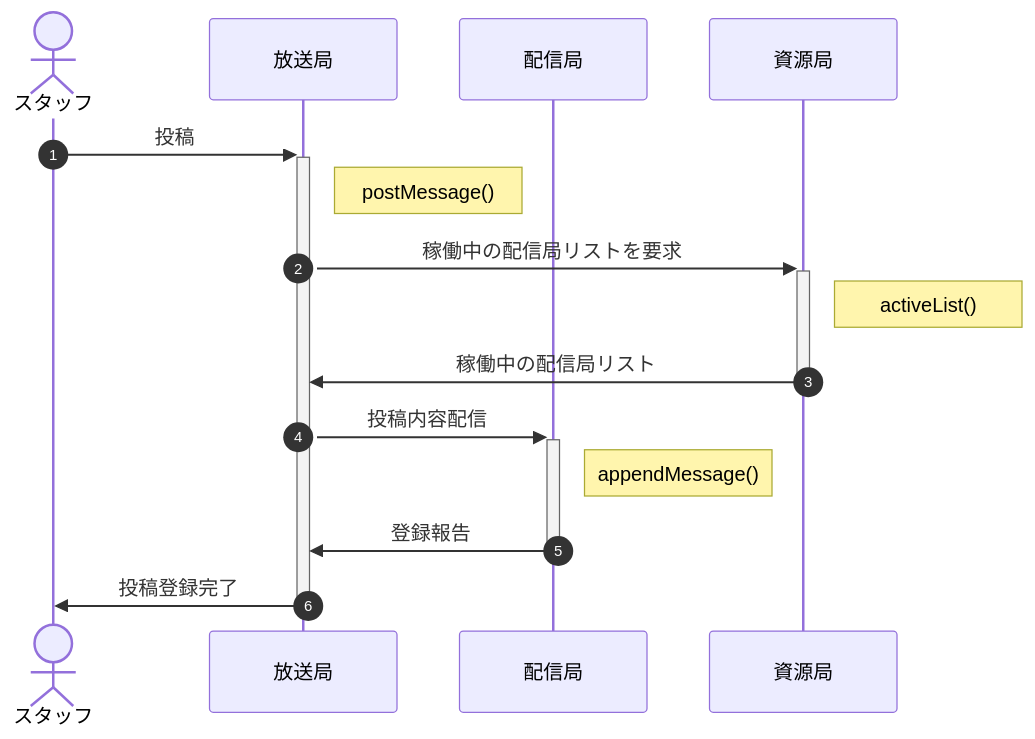
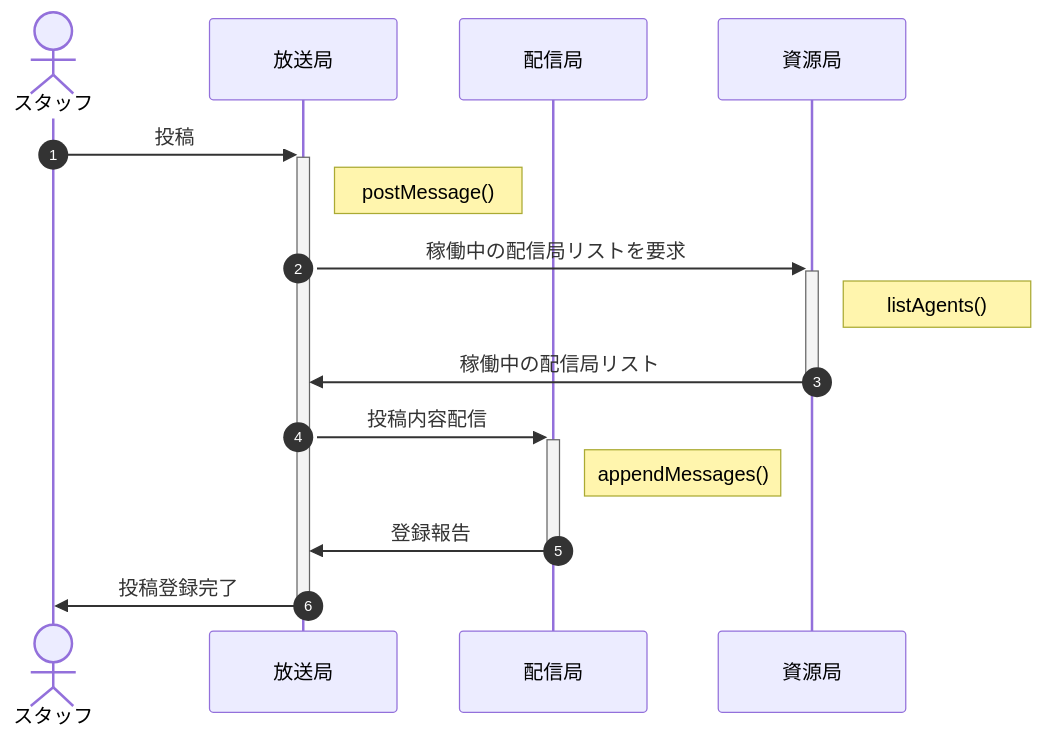
One commit to nakaone/EventStaff changed the fifth of 7 diagrams in doc/server.md. Above: the diagram before and after it, drawn with Mermaid. The commit also changed 4 other files, not shown here.

````diff
--- a/doc/server.md
+++ b/doc/server.md
@@ -226,18 +226,18 @@
 ```mermaid
 sequenceDiagram
   autonumber
   actor staff as スタッフ
   participant broad as 放送局
   participant agent as 配信局
   participant agency as 資源局
 
   staff ->>+ broad : 投稿
   Note right of broad : postMessage()
   broad ->>+ agency : 稼働中の配信局リストを要求
-  Note right of agency : activeList()
+  Note right of agency : listAgents()
   agency ->>- broad : 稼働中の配信局リスト
   broad ->>+ agent : 投稿内容配信
-  Note right of agent : appendMessage()
+  Note right of agent : appendMessages()
   agent ->>- broad : 登録報告
   broad ->>- staff : 投稿登録完了
 ```
````
